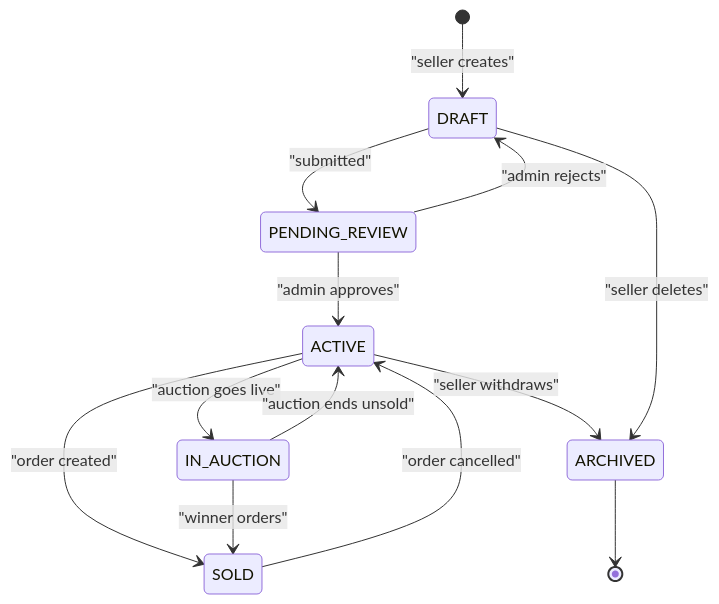
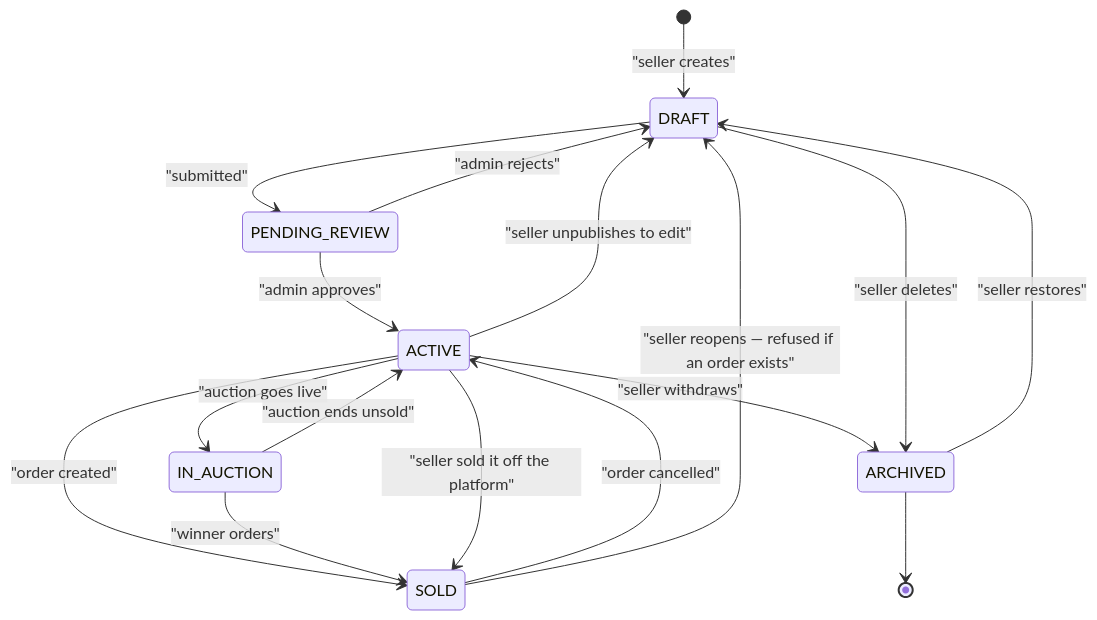
Before and after one commit to MohammadZakariaDehghani/Vintrax: the tenth of 21 diagrams in documentation/transaction-flow.md, drawn with Mermaid. The commit also changed other lines of this file and 6 other files, not shown here.

````diff
--- a/documentation/transaction-flow.md
+++ b/documentation/transaction-flow.md
@@ -387,15 +387,19 @@
 ```mermaid
 stateDiagram-v2
     [*] --> DRAFT: "seller creates"
     DRAFT --> PENDING_REVIEW: "submitted"
     PENDING_REVIEW --> ACTIVE: "admin approves"
     PENDING_REVIEW --> DRAFT: "admin rejects"
     ACTIVE --> IN_AUCTION: "auction goes live"
     IN_AUCTION --> ACTIVE: "auction ends unsold"
     ACTIVE --> SOLD: "order created"
     IN_AUCTION --> SOLD: "winner orders"
+    ACTIVE --> SOLD: "seller sold it off the platform"
     SOLD --> ACTIVE: "order cancelled"
+    SOLD --> DRAFT: "seller reopens — refused if an order exists"
     ACTIVE --> ARCHIVED: "seller withdraws"
+    ACTIVE --> DRAFT: "seller unpublishes to edit"
     DRAFT --> ARCHIVED: "seller deletes"
+    ARCHIVED --> DRAFT: "seller restores"
     ARCHIVED --> [*]
 ```
````
